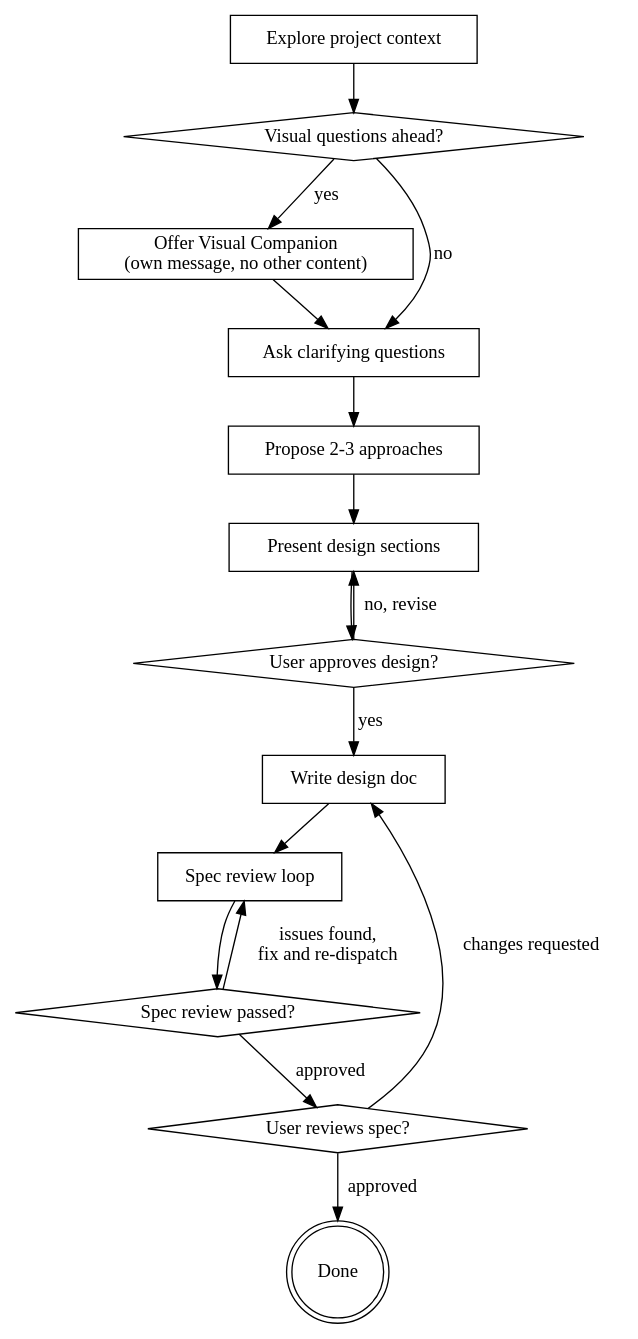
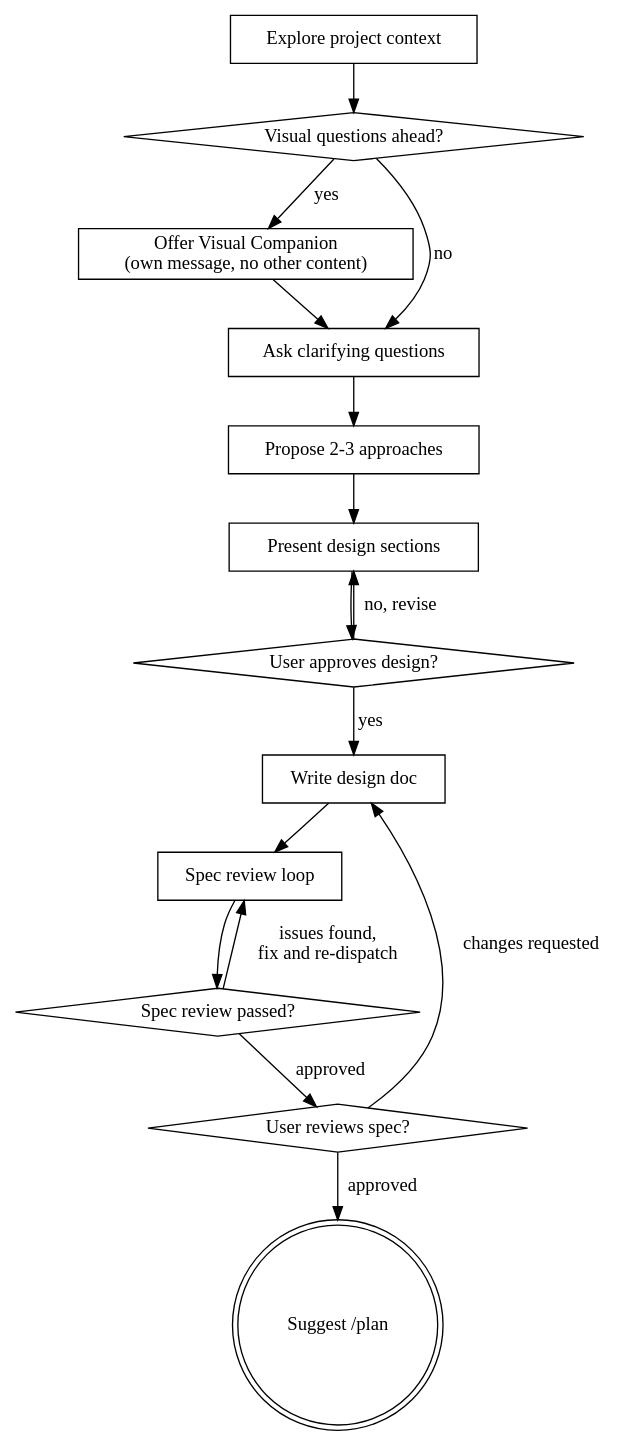
Before and after one commit to citruseason/flow: the diagram in skills/spec/SKILL.md, drawn with Graphviz. The commit also changed other lines of this file, not shown here.

Commit message:
refactor: rewrite spec skill with full workflow and amend mode

````diff
--- a/skills/spec/SKILL.md
+++ b/skills/spec/SKILL.md
@@ -36,32 +36,32 @@
 ```dot
 digraph brainstorming {
     "Explore project context" [shape=box];
     "Visual questions ahead?" [shape=diamond];
     "Offer Visual Companion\n(own message, no other content)" [shape=box];
     "Ask clarifying questions" [shape=box];
     "Propose 2-3 approaches" [shape=box];
     "Present design sections" [shape=box];
     "User approves design?" [shape=diamond];
     "Write design doc" [shape=box];
     "Spec review loop" [shape=box];
     "Spec review passed?" [shape=diamond];
     "User reviews spec?" [shape=diamond];
-    "Done" [shape=doublecircle];
+    "Suggest /plan" [shape=doublecircle];
 
     "Explore project context" -> "Visual questions ahead?";
     "Visual questions ahead?" -> "Offer Visual Companion\n(own message, no other content)" [label="yes"];
     "Visual questions ahead?" -> "Ask clarifying questions" [label="no"];
     "Offer Visual Companion\n(own message, no other content)" -> "Ask clarifying questions";
     "Ask clarifying questions" -> "Propose 2-3 approaches";
     "Propose 2-3 approaches" -> "Present design sections";
     "Present design sections" -> "User approves design?";
     "User approves design?" -> "Present design sections" [label="no, revise"];
     "User approves design?" -> "Write design doc" [label="yes"];
     "Write design doc" -> "Spec review loop";
     "Spec review loop" -> "Spec review passed?";
     "Spec review passed?" -> "Spec review loop" [label="issues found,\nfix and re-dispatch"];
     "Spec review passed?" -> "User reviews spec?" [label="approved"];
     "User reviews spec?" -> "Write design doc" [label="changes requested"];
-    "User reviews spec?" -> "Done" [label="approved"];
+    "User reviews spec?" -> "Suggest /plan" [label="approved"];
 }
 ```
````
